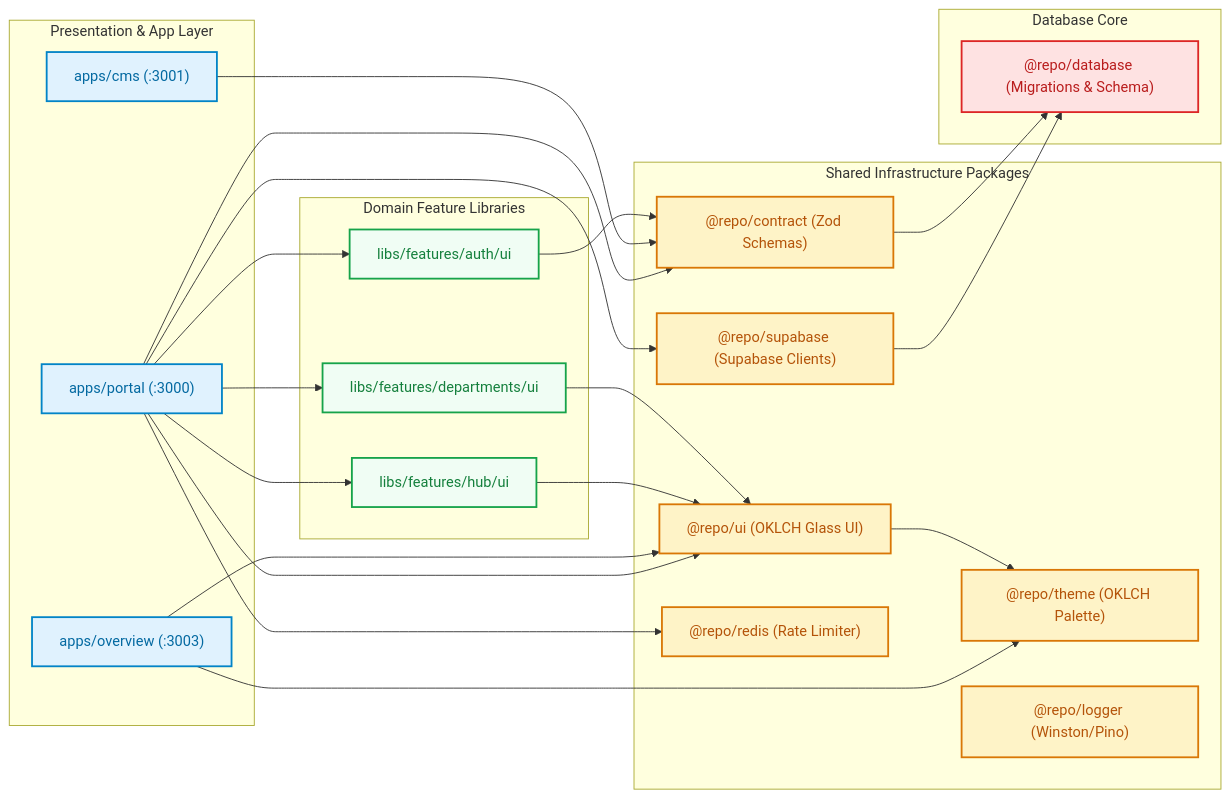
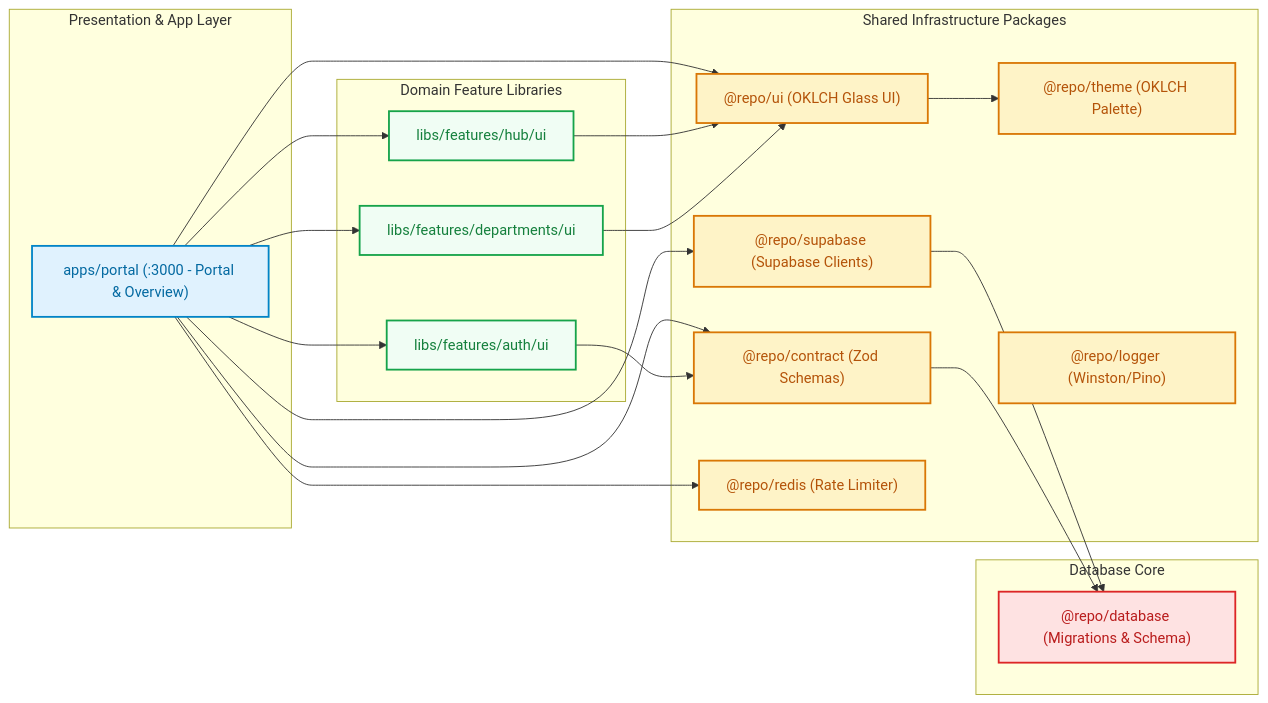
The diagram in codebase-maps/latest/dependencies-graph.md (Timothy191/Arch-System), drawn with Mermaid before and after one commit. The commit also changed other lines of this file and 291 other files, not shown here.

Commit message:
refactor(monorepo): consolidate to unified portal, prune legacy apps, and remove dead code

````diff
--- a/codebase-maps/latest/dependencies-graph.md
+++ b/codebase-maps/latest/dependencies-graph.md
@@ -10,58 +10,51 @@
 ```mermaid
 graph LR
     subgraph ClientApps ["Presentation & App Layer"]
-        A_PORTAL["apps/portal (:3000)"]
-        A_CMS["apps/cms (:3001)"]
-        A_OVERVIEW["apps/overview (:3003)"]
+        A_PORTAL["apps/portal (:3000 - Portal & Overview)"]
     end
 
     subgraph DomainLibs ["Domain Feature Libraries"]
         L_HUB["libs/features/hub/ui"]
         L_DEPTS["libs/features/departments/ui"]
         L_AUTH["libs/features/auth/ui"]
     end
 
     subgraph InfraPackages ["Shared Infrastructure Packages"]
         P_UI["@repo/ui (OKLCH Glass UI)"]
         P_THEME["@repo/theme (OKLCH Palette)"]
         P_SUPABASE["@repo/supabase (Supabase Clients)"]
         P_CONTRACT["@repo/contract (Zod Schemas)"]
         P_REDIS["@repo/redis (Rate Limiter)"]
         P_LOGGER["@repo/logger (Winston/Pino)"]
     end
 
     subgraph CoreData ["Database Core"]
         P_DB["@repo/database (Migrations & Schema)"]
     end
 
     A_PORTAL --> L_HUB
     A_PORTAL --> L_DEPTS
     A_PORTAL --> L_AUTH
     A_PORTAL --> P_UI
     A_PORTAL --> P_SUPABASE
     A_PORTAL --> P_CONTRACT
     A_PORTAL --> P_REDIS
 
-    A_CMS --> P_CONTRACT
-
-    A_OVERVIEW --> P_UI
-    A_OVERVIEW --> P_THEME
-
     L_HUB --> P_UI
     L_DEPTS --> P_UI
     L_AUTH --> P_CONTRACT
 
     P_UI --> P_THEME
     P_SUPABASE --> P_DB
     P_CONTRACT --> P_DB
 
     classDef appStyle fill:#e0f2fe,stroke:#0284c7,stroke-width:2px,color:#0369a1;
     classDef libStyle fill:#f0fdf4,stroke:#16a34a,stroke-width:2px,color:#15803d;
     classDef pkgStyle fill:#fef3c7,stroke:#d97706,stroke-width:2px,color:#b45309;
     classDef dbStyle fill:#fee2e2,stroke:#dc2626,stroke-width:2px,color:#b91c1c;
 
-    class A_PORTAL,A_CMS,A_OVERVIEW appStyle;
+    class A_PORTAL appStyle;
     class L_HUB,L_DEPTS,L_AUTH libStyle;
     class P_UI,P_THEME,P_SUPABASE,P_CONTRACT,P_REDIS,P_LOGGER pkgStyle;
     class P_DB dbStyle;
 ```
````
